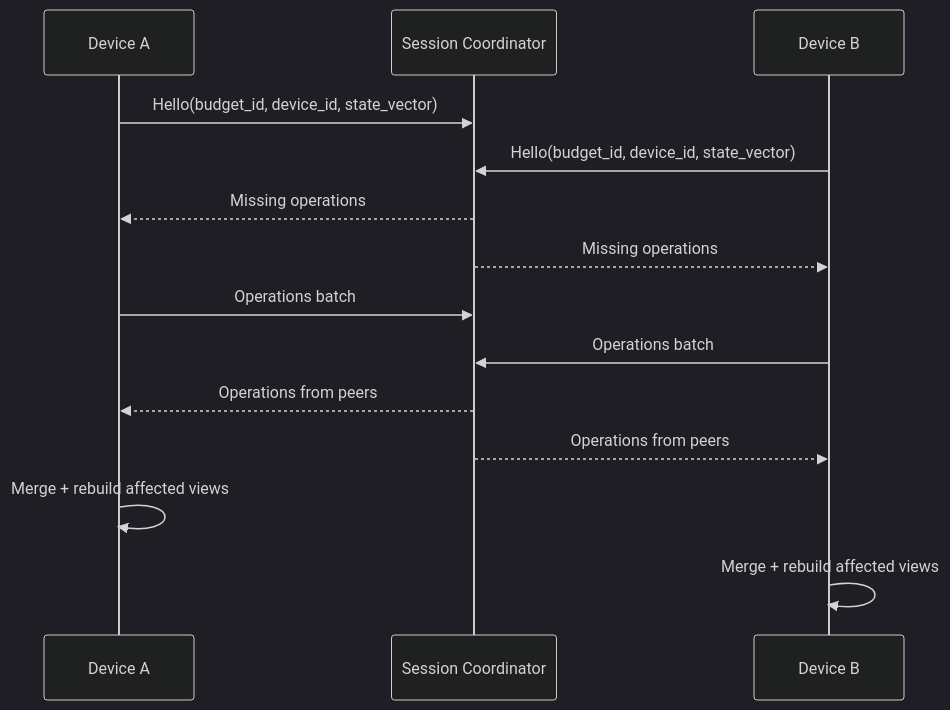
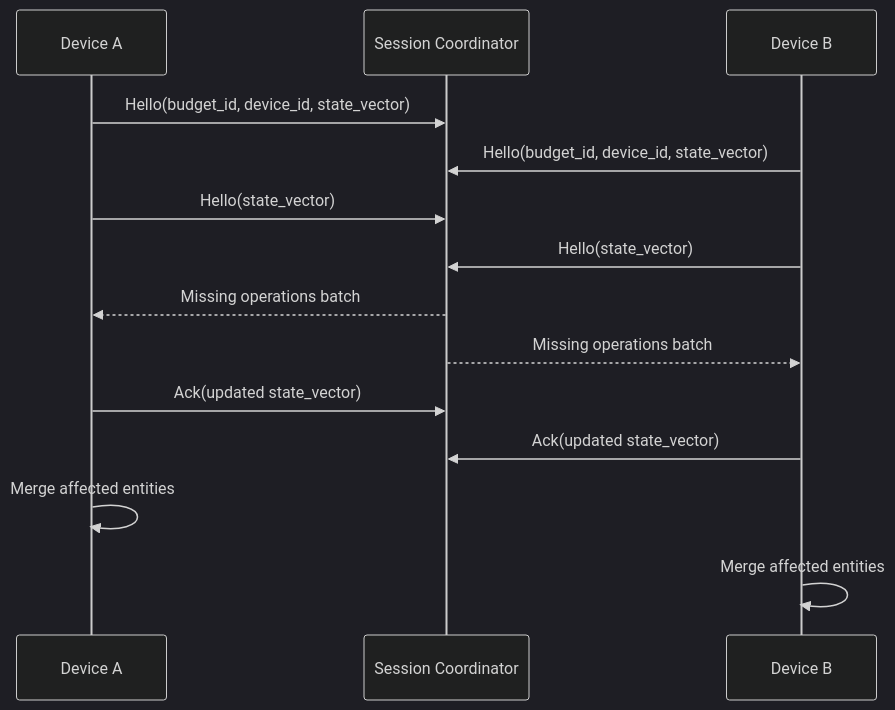
One commit to bekodeg/budget_accounting_system changed the diagram in docs/04_sync_and_conflicts.md. Above: the diagram before and after it, drawn with Mermaid (dark theme). The commit also changed other lines of this file, not shown here.

Commit message:
docs: detail state-vector exchange

````diff
--- a/docs/04_sync_and_conflicts.md
+++ b/docs/04_sync_and_conflicts.md
@@ -54,17 +54,17 @@
 ```mermaid
 sequenceDiagram
     participant A as Device A
     participant C as Session Coordinator
     participant B as Device B
 
     A->>C: Hello(budget_id, device_id, state_vector)
     B->>C: Hello(budget_id, device_id, state_vector)
-    C-->>A: Missing operations
-    C-->>B: Missing operations
-    A->>C: Operations batch
-    B->>C: Operations batch
-    C-->>A: Operations from peers
-    C-->>B: Operations from peers
-    A->>A: Merge + rebuild affected views
-    B->>B: Merge + rebuild affected views
+    A->>C: Hello(state_vector)
+    B->>C: Hello(state_vector)
+    C-->>A: Missing operations batch
+    C-->>B: Missing operations batch
+    A->>C: Ack(updated state_vector)
+    B->>C: Ack(updated state_vector)
+    A->>A: Merge affected entities
+    B->>B: Merge affected entities
 ```
````
